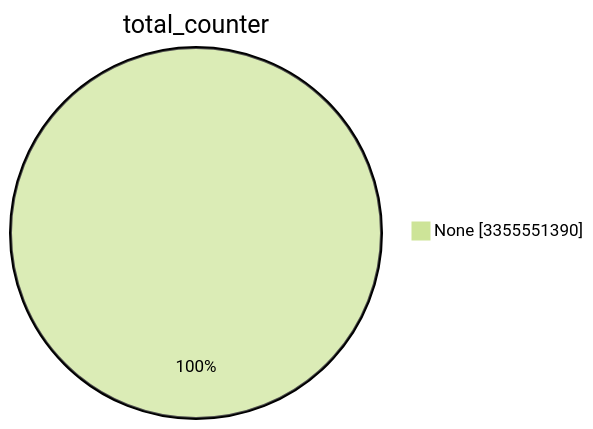
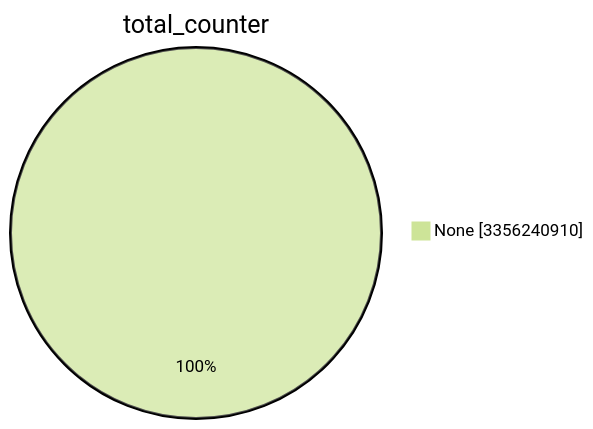
Before and after one commit to christiankrug/ctmonitor_visualization: the first of 15 diagrams in TOTAL/README.md, drawn with Mermaid (forest theme). The commit also changed other lines of this file, not shown here.

````diff
--- a/TOTAL/README.md
+++ b/TOTAL/README.md
@@ -1,5 +1,5 @@
 ```mermaid
 pie showData
 title total_counter
-"None" :3355551390
+"None" :3356240910
 ```
````
